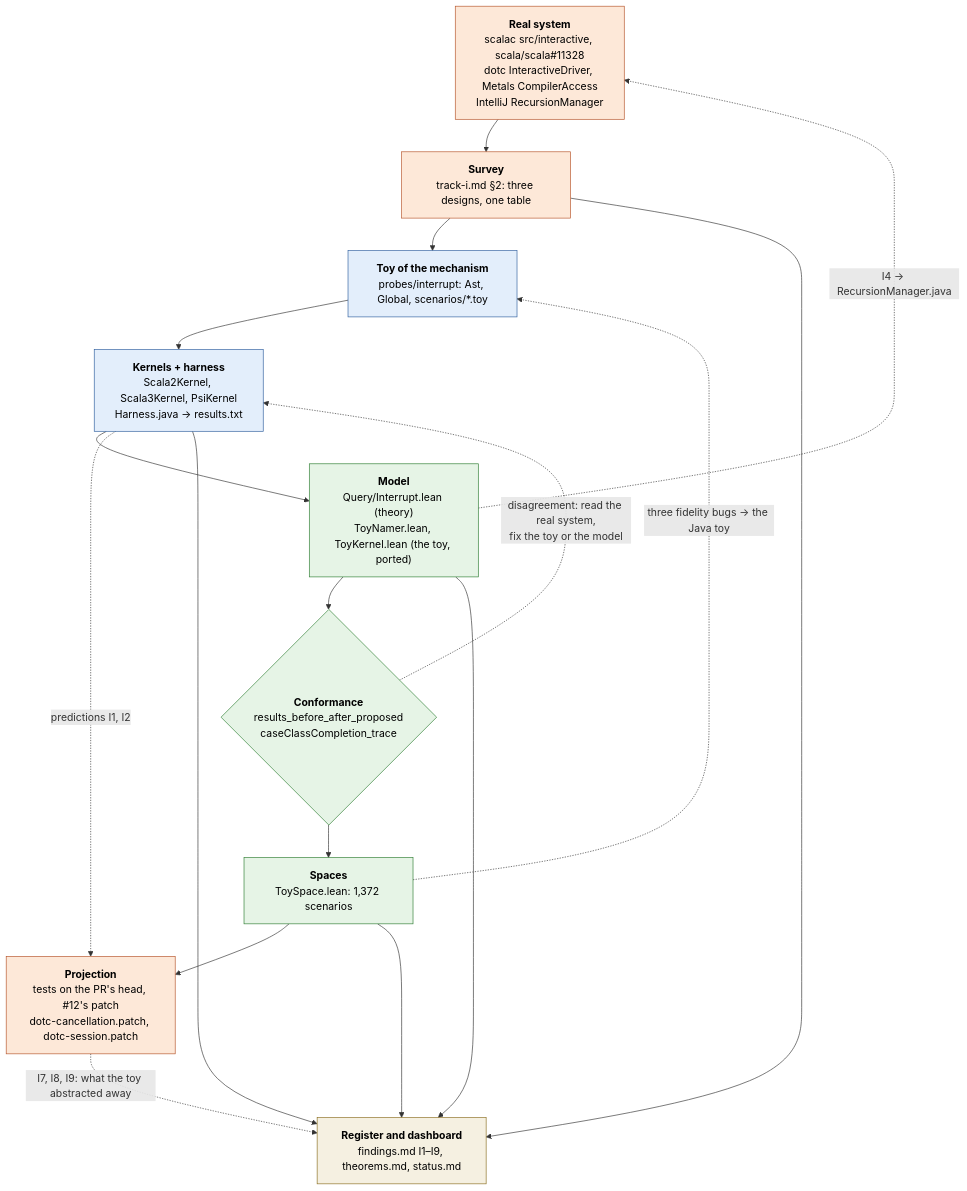
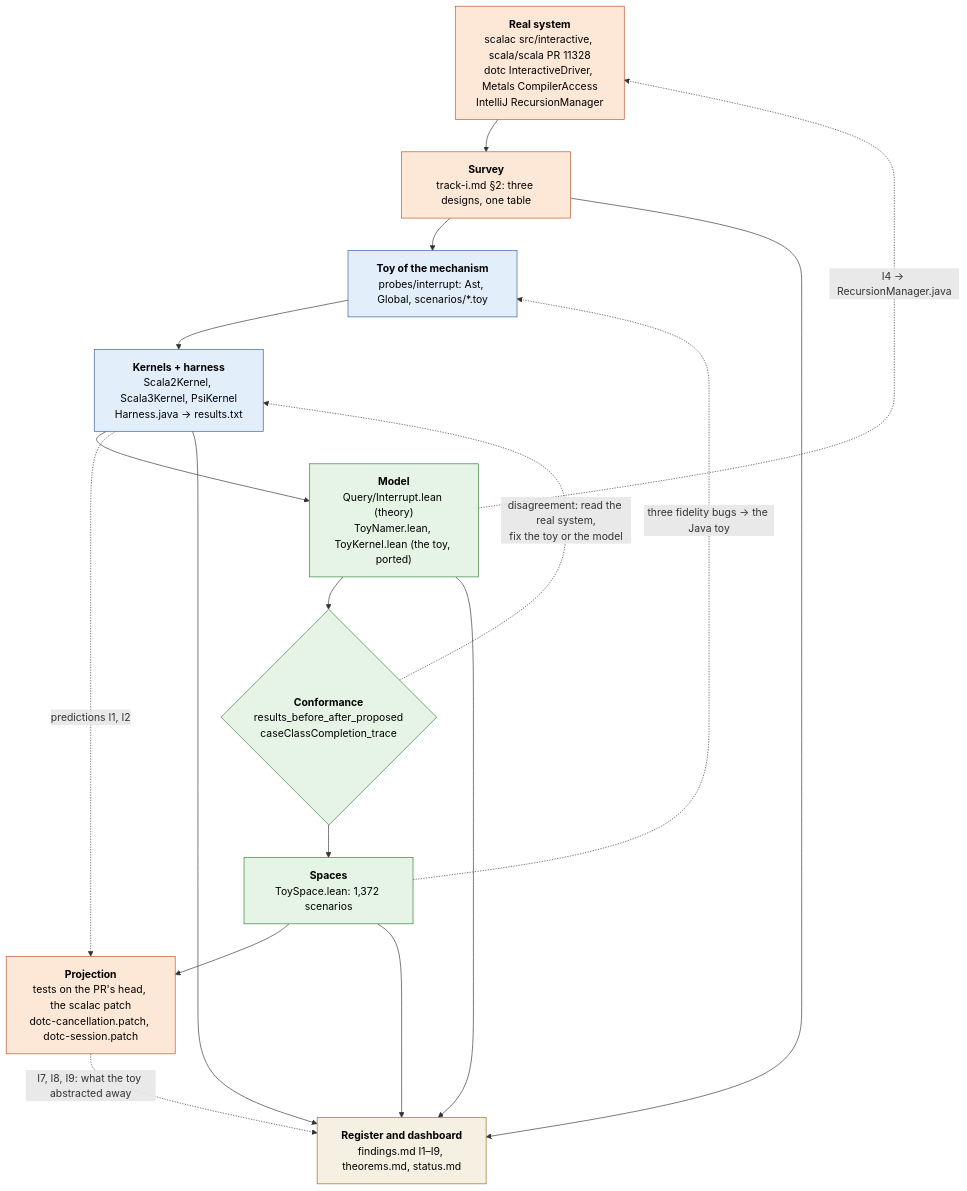
One commit to retronym/jvm-lang-models changed the diagram in docs/method.md. Above: the diagram before and after it, drawn with Mermaid.

Commit message:
docs/method.md: no '#' in the diagram's labels
Mermaid reads '#' inside a label as the start of an entity, so the PR and
issue numbers in two nodes are spelled out. Rendered the block with
mermaid 11.4.1 to check: the spine, both dotted loops and the four
colours come out as intended.

````diff
--- a/docs/method.md
+++ b/docs/method.md
@@ -105,28 +105,28 @@
 ```mermaid
 flowchart TB
   classDef real fill:#fde8d8,stroke:#b5542a,color:#000
   classDef toy fill:#e3eefb,stroke:#2f5f9e,color:#000
   classDef model fill:#e6f4e6,stroke:#2e7d32,color:#000
   classDef reg fill:#f5f0e1,stroke:#8a6d1f,color:#000
 
-  R["<b>Real system</b><br/>scalac src/interactive, scala/scala#11328<br/>dotc InteractiveDriver, Metals CompilerAccess<br/>IntelliJ RecursionManager"]:::real
+  R["<b>Real system</b><br/>scalac src/interactive, scala/scala PR 11328<br/>dotc InteractiveDriver, Metals CompilerAccess<br/>IntelliJ RecursionManager"]:::real
   S["<b>Survey</b><br/>track-i.md §2: three designs, one table"]:::real
   T["<b>Toy of the mechanism</b><br/>probes/interrupt: Ast, Global, scenarios/*.toy"]:::toy
   K["<b>Kernels + harness</b><br/>Scala2Kernel, Scala3Kernel, PsiKernel<br/>Harness.java → results.txt"]:::toy
   M["<b>Model</b><br/>Query/Interrupt.lean (theory)<br/>ToyNamer.lean, ToyKernel.lean (the toy, ported)"]:::model
   C{"<b>Conformance</b><br/>results_before_after_proposed<br/>caseClassCompletion_trace"}:::model
   SP["<b>Spaces</b><br/>ToySpace.lean: 1,372 scenarios"]:::model
-  P["<b>Projection</b><br/>tests on the PR's head, #12's patch<br/>dotc-cancellation.patch, dotc-session.patch"]:::real
+  P["<b>Projection</b><br/>tests on the PR's head, the scalac patch<br/>dotc-cancellation.patch, dotc-session.patch"]:::real
   F["<b>Register and dashboard</b><br/>findings.md I1–I9, theorems.md, status.md"]:::reg
 
   R --> S --> T --> K --> M --> C --> SP --> P
   C -. "disagreement: read the real system,<br/>fix the toy or the model" .-> K
   SP -. "three fidelity bugs → the Java toy" .-> T
   K -. "predictions I1, I2" .-> P
   M -. "I4 → RecursionManager.java" .-> R
   P -. "I7, I8, I9: what the toy abstracted away" .-> F
   S --> F
   K --> F
   M --> F
   SP --> F
 ```
````
